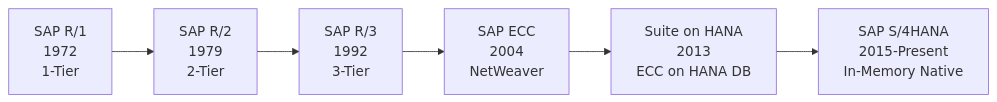
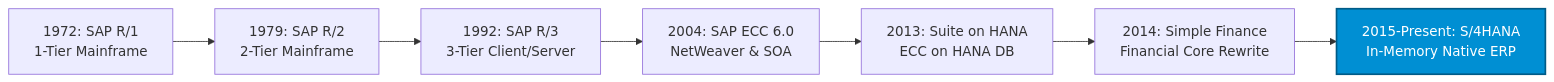
Before and after one commit to islamnassar13/S4HANA-FICO-End2End-Implementation-Hub: the second of 12 diagrams in s4hana-evolution-and-architecture.md, drawn with Mermaid. The commit also changed other lines of this file, not shown here.

````diff
--- a/s4hana-evolution-and-architecture.md
+++ b/s4hana-evolution-and-architecture.md
@@ -77,8 +95,11 @@
 ```mermaid
 flowchart LR
-    R1["SAP R/1<br>1972<br>1-Tier"] --> R2["SAP R/2<br>1979<br>2-Tier"]
-    R2 --> R3["SAP R/3<br>1992<br>3-Tier"]
-    R3 --> ECC["SAP ECC<br>2004<br>NetWeaver"]
-    ECC --> SOH["Suite on HANA<br>2013<br>ECC on HANA DB"]
-    SOH --> S4["SAP S/4HANA<br>2015-Present<br>In-Memory Native"]
+    R1["1972: SAP R/1<br>1-Tier Mainframe"] --> R2["1979: SAP R/2<br>2-Tier Mainframe"]
+    R2 --> R3["1992: SAP R/3<br>3-Tier Client/Server"]
+    R3 --> ECC["2004: SAP ECC 6.0<br>NetWeaver & SOA"]
+    ECC --> SOH["2013: Suite on HANA<br>ECC on HANA DB"]
+    SOH --> SFIN["2014: Simple Finance<br>Financial Core Rewrite"]
+    SFIN --> S4["2015-Present: S/4HANA<br>In-Memory Native ERP"]
+
+    style S4 fill:#008FD3,color:#fff,stroke:#005b87,stroke-width:2px
 ```
````
